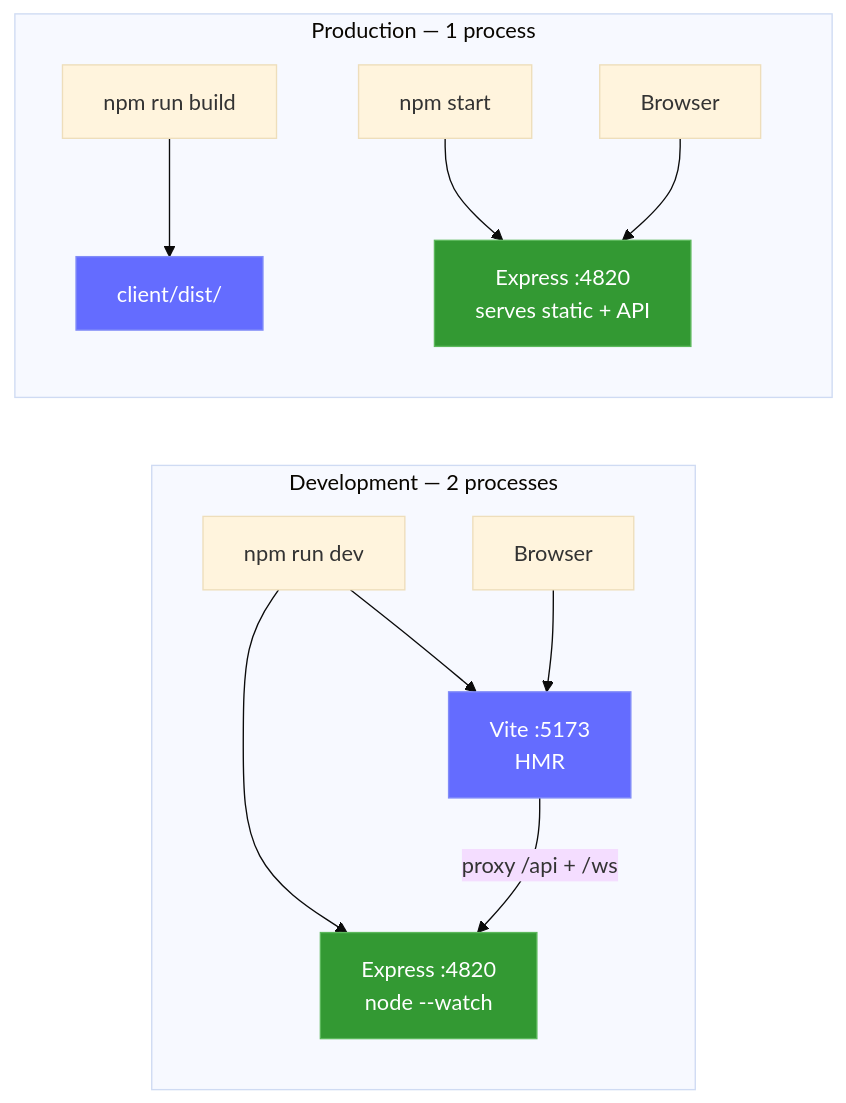
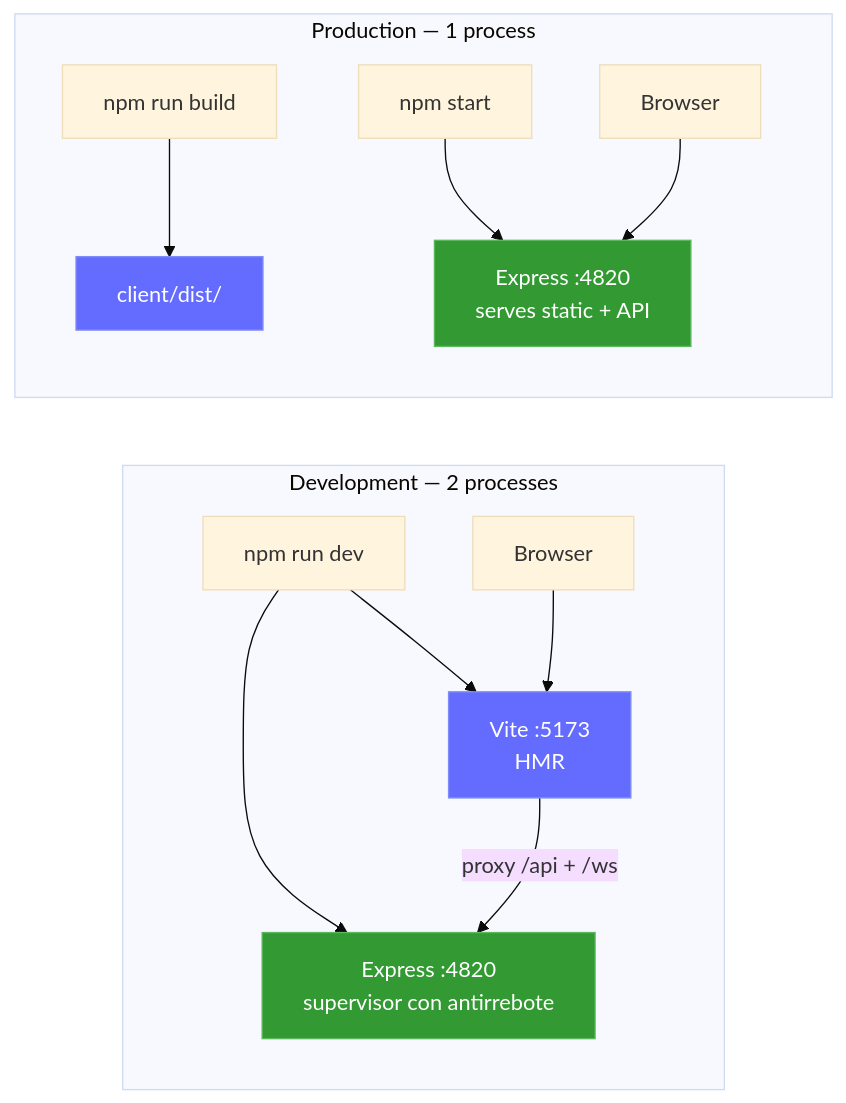
Before and after one commit to hoangsonww/Claude-Code-Agent-Monitor: diagram 20 of 22 in README-ES.md, drawn with Mermaid (base theme). The commit also changed other lines of this file and 15 other files, not shown here.

````diff
--- a/README-ES.md
+++ b/README-ES.md
@@ -2094,20 +2094,20 @@
 ```mermaid
 graph LR
     subgraph dev["Development — 2 processes"]
-        D_CMD["npm run dev"] --> D_SRV["Express :4820<br/>node --watch"]
+        D_CMD["npm run dev"] --> D_SRV["Express :4820<br/>supervisor con antirrebote"]
         D_CMD --> D_VITE["Vite :5173<br/>HMR"]
         D_BROWSER["Browser"] --> D_VITE
         D_VITE -->|"proxy /api + /ws"| D_SRV
     end
 
     subgraph prod["Production — 1 process"]
         P_BUILD["npm run build"] --> P_DIST["client/dist/"]
         P_START["npm start"] --> P_SRV["Express :4820<br/>serves static + API"]
         P_BROWSER["Browser"] --> P_SRV
     end
 
     style D_VITE fill:#646CFF,stroke:#818cf8,color:#fff
     style D_SRV fill:#339933,stroke:#5cb85c,color:#fff
     style P_SRV fill:#339933,stroke:#5cb85c,color:#fff
     style P_DIST fill:#646CFF,stroke:#818cf8,color:#fff
 ```
````
